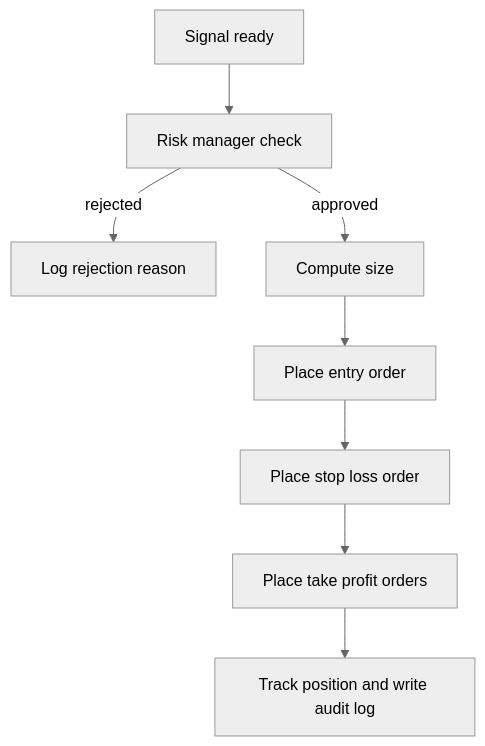
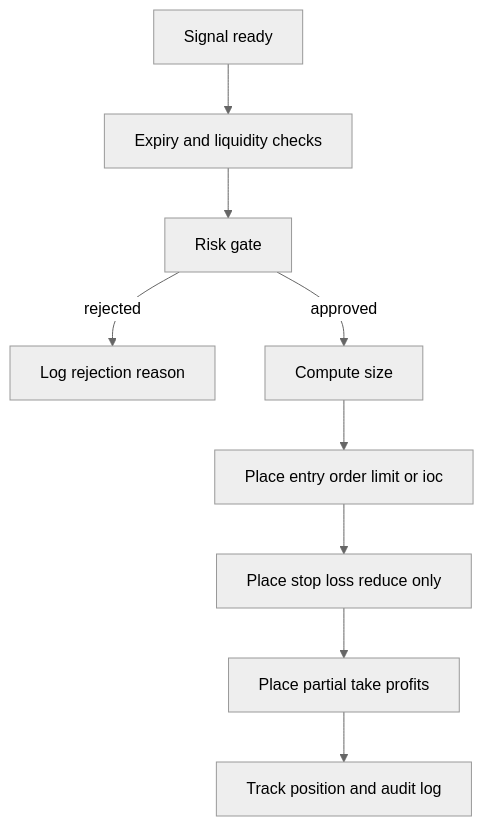
One commit to mmshamlurad404-netizen/newstrade1 changed the diagram in docs/04-phase-3-trading-engine.md. Above: the diagram before and after it, drawn with Mermaid (neutral theme). The commit also changed other lines of this file and 10 other files, not shown here.

````diff
--- a/docs/04-phase-3-trading-engine.md
+++ b/docs/04-phase-3-trading-engine.md
@@ -192,10 +249,11 @@
 ```mermaid
 flowchart TD
-    SIG["Signal ready"] --> RM["Risk manager check"]
+    SIG["Signal ready"] --> EXPIRE["Expiry and liquidity checks"]
+    EXPIRE --> RM["Risk gate"]
     RM -->|"rejected"| LOG["Log rejection reason"]
     RM -->|"approved"| SIZE["Compute size"]
-    SIZE --> ORDER["Place entry order"]
-    ORDER --> SL["Place stop loss order"]
-    SL --> TP["Place take profit orders"]
-    TP --> TRACK["Track position and write audit log"]
+    SIZE --> ENTRY["Place entry order limit or ioc"]
+    ENTRY --> PROT["Place stop loss reduce only"]
+    PROT --> TP["Place partial take profits"]
+    TP --> TRACK["Track position and audit log"]
 ```
````
